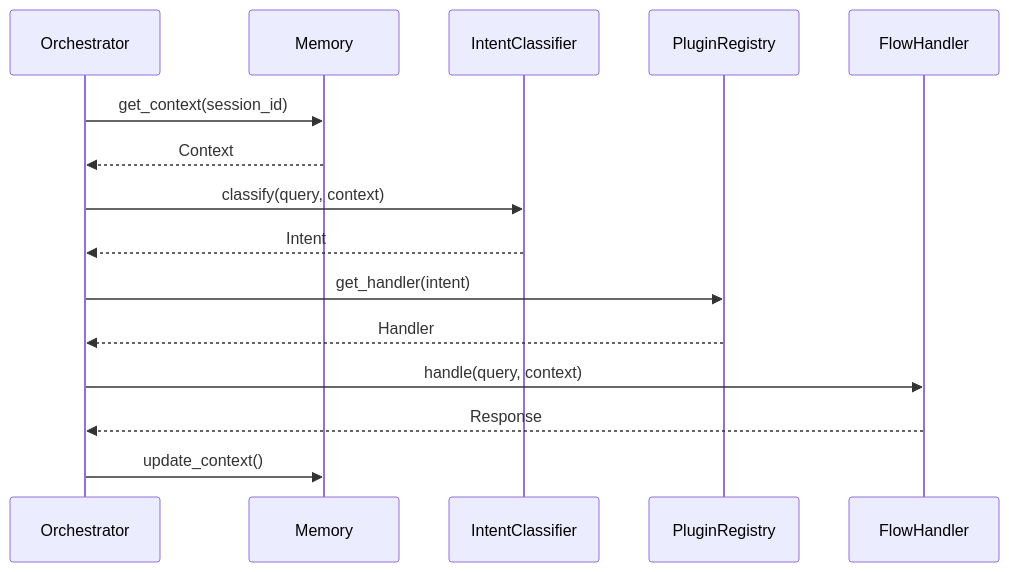
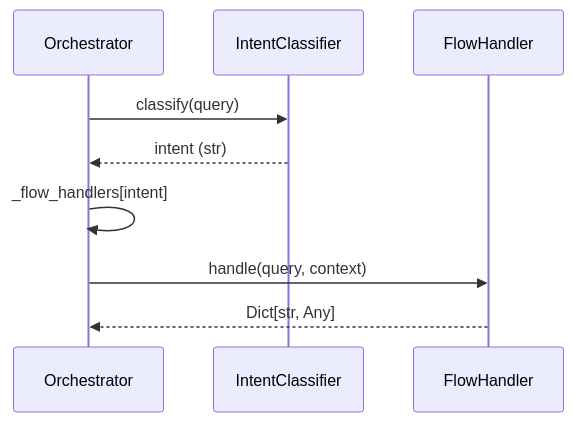
The first of 2 diagrams in mkdocs-site/docs/core-modules/orchestration.md (baselithcore/plugin-baselithbot), drawn with Mermaid before and after one commit. The commit also changed other lines of this file and 68 other files, not shown here.

````diff
--- a/mkdocs-site/docs/core-modules/orchestration.md
+++ b/mkdocs-site/docs/core-modules/orchestration.md
@@ -50,18 +67,12 @@
 ```mermaid
 sequenceDiagram
     participant O as Orchestrator
-    participant M as Memory
     participant I as IntentClassifier
-    participant R as PluginRegistry
     participant H as FlowHandler
 
-    O->>M: get_context(session_id)
-    M-->>O: Context
-    O->>I: classify(query, context)
-    I-->>O: Intent
-    O->>R: get_handler(intent)
-    R-->>O: Handler
+    O->>I: classify(query)
+    I-->>O: intent (str)
+    O->>O: _flow_handlers[intent]
     O->>H: handle(query, context)
-    H-->>O: Response
-    O->>M: update_context()
+    H-->>O: Dict[str, Any]
 ```
````
